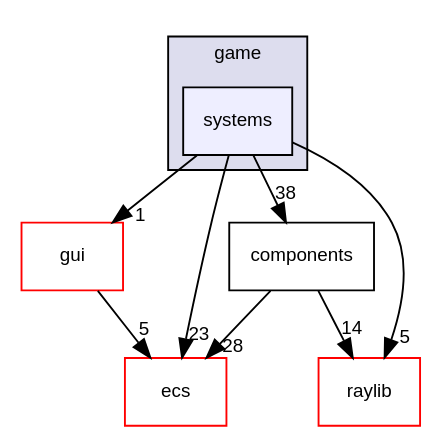
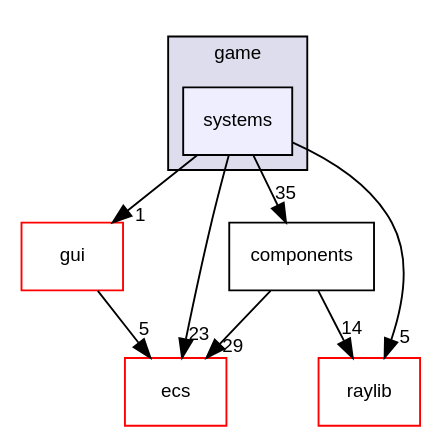
The diagram in dir_46fb37fa78f646487908f22377b88dd8_dep.dot (MisterPeModder/Bomberman-Global-Offensive), drawn with Graphviz before and after one commit. The commit also changed 263 other files, not shown here.

```diff
--- a/dir_46fb37fa78f646487908f22377b88dd8_dep.dot
+++ b/dir_46fb37fa78f646487908f22377b88dd8_dep.dot
@@ -1,20 +1,20 @@
 digraph "src/game/systems" {
   compound=true
   node [ fontsize="10", fontname="Helvetica"];
   edge [ labelfontsize="10", labelfontname="Helvetica"];
   subgraph clusterdir_1699be727a800b1d059c6f7f2b91d2ee {
     graph [ bgcolor="#ddddee", pencolor="black", label="game" fontname="Helvetica", fontsize="10", URL="dir_1699be727a800b1d059c6f7f2b91d2ee.html"]
   dir_46fb37fa78f646487908f22377b88dd8 [shape=box, label="systems", style="filled", fillcolor="#eeeeff", pencolor="black", URL="dir_46fb37fa78f646487908f22377b88dd8.html"];
   }
   dir_a5f74f5d785ec5e5a721a58d25c88c44 [shape=box label="components" URL="dir_a5f74f5d785ec5e5a721a58d25c88c44.html"];
   dir_0eb5bc4df32830927d4599d5e42d522d [shape=box label="gui" fillcolor="white" style="filled" color="red" URL="dir_0eb5bc4df32830927d4599d5e42d522d.html"];
   dir_ddca5f149c4ce13074f28b270e950ba9 [shape=box label="ecs" fillcolor="white" style="filled" color="red" URL="dir_ddca5f149c4ce13074f28b270e950ba9.html"];
   dir_d4cc5f0b3cfddd1b0952a9e00053f649 [shape=box label="raylib" fillcolor="white" style="filled" color="red" URL="dir_d4cc5f0b3cfddd1b0952a9e00053f649.html"];
-  dir_a5f74f5d785ec5e5a721a58d25c88c44->dir_ddca5f149c4ce13074f28b270e950ba9 [headlabel="28", labeldistance=1.5 headhref="dir_000008_000001.html"];
+  dir_a5f74f5d785ec5e5a721a58d25c88c44->dir_ddca5f149c4ce13074f28b270e950ba9 [headlabel="29", labeldistance=1.5 headhref="dir_000008_000001.html"];
   dir_a5f74f5d785ec5e5a721a58d25c88c44->dir_d4cc5f0b3cfddd1b0952a9e00053f649 [headlabel="14", labeldistance=1.5 headhref="dir_000008_000010.html"];
-  dir_46fb37fa78f646487908f22377b88dd8->dir_a5f74f5d785ec5e5a721a58d25c88c44 [headlabel="38", labeldistance=1.5 headhref="dir_000009_000008.html"];
+  dir_46fb37fa78f646487908f22377b88dd8->dir_a5f74f5d785ec5e5a721a58d25c88c44 [headlabel="35", labeldistance=1.5 headhref="dir_000009_000008.html"];
   dir_46fb37fa78f646487908f22377b88dd8->dir_0eb5bc4df32830927d4599d5e42d522d [headlabel="1", labeldistance=1.5 headhref="dir_000009_000015.html"];
   dir_46fb37fa78f646487908f22377b88dd8->dir_ddca5f149c4ce13074f28b270e950ba9 [headlabel="23", labeldistance=1.5 headhref="dir_000009_000001.html"];
   dir_46fb37fa78f646487908f22377b88dd8->dir_d4cc5f0b3cfddd1b0952a9e00053f649 [headlabel="5", labeldistance=1.5 headhref="dir_000009_000010.html"];
   dir_0eb5bc4df32830927d4599d5e42d522d->dir_ddca5f149c4ce13074f28b270e950ba9 [headlabel="5", labeldistance=1.5 headhref="dir_000015_000001.html"];
 }
```
